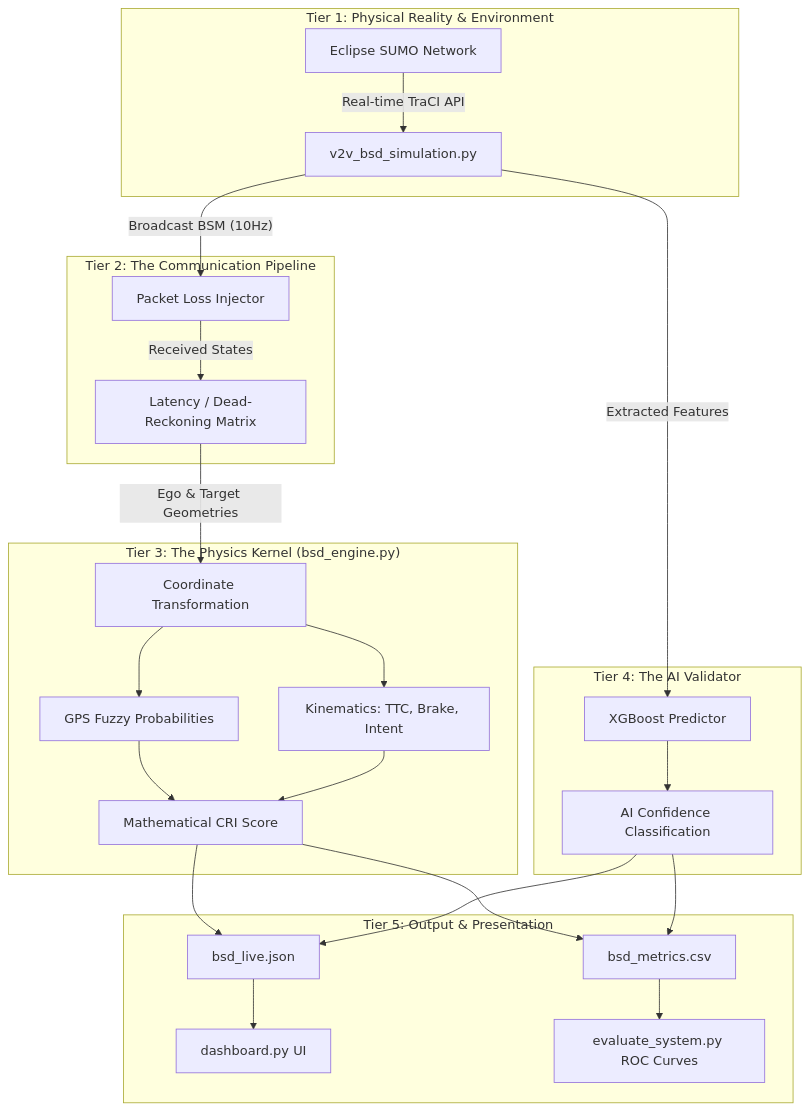
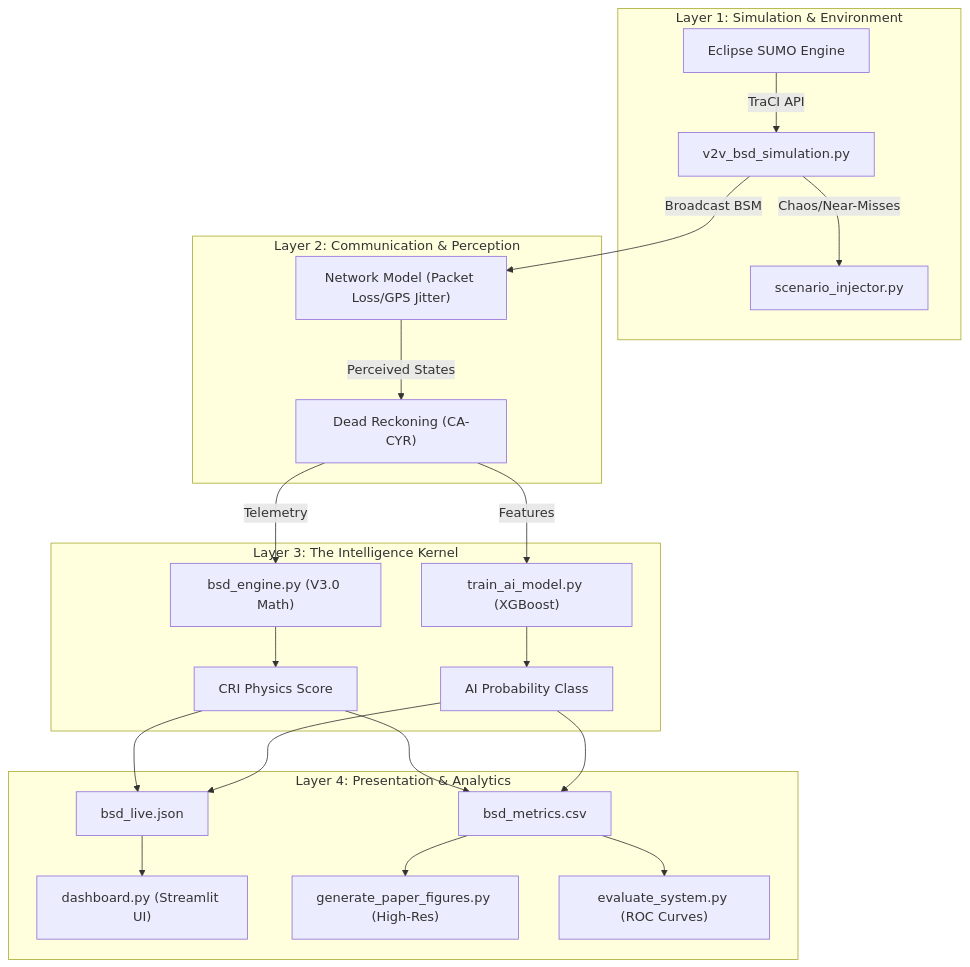
The diagram in README.md (omkarrr88/V2V), drawn with Mermaid before and after one commit. The commit also changed other lines of this file and 35 other files, not shown here.

````diff
--- a/README.md
+++ b/README.md
@@ -29,30 +28,27 @@
 ```mermaid
 graph TD
-    subgraph "Tier 1: Physical Reality & Environment"
-        SUMO[Eclipse SUMO Network] -- Real-time TraCI API --> Loop[v2v_bsd_simulation.py]
+    subgraph "Layer 1: Simulation & Environment"
+        SUMO["Eclipse SUMO Engine"] -- "TraCI API" --> Sim["v2v_bsd_simulation.py"]
+        Sim -- "Chaos/Near-Misses" --> Inj["scenario_injector.py"]
     end
 
-    subgraph "Tier 2: The Communication Pipeline"
-        Loop -- "Broadcast BSM (10Hz)" --> Network[Packet Loss Injector]
-        Network -- "Received States" --> Memory[Latency / Dead-Reckoning Matrix]
+    subgraph "Layer 2: Communication & Perception"
+        Sim -- "Broadcast BSM" --> Comm["Network Model (Packet Loss/GPS Jitter)"]
+        Comm -- "Perceived States" --> DR["Dead Reckoning (CA-CYR)"]
     end
 
-    subgraph "Tier 3: The Physics Kernel (bsd_engine.py)"
-        Memory -- Ego & Target Geometries --> T[Coordinate Transformation]
-        T --> PS[GPS Fuzzy Probabilities]
-        T --> K[Kinematics: TTC, Brake, Intent]
-        PS & K --> CRI[Mathematical CRI Score]
+    subgraph "Layer 3: The Intelligence Kernel"
+        DR -- "Telemetry" --> Engine["bsd_engine.py (V3.0 Math)"]
+        DR -- "Features" --> AI["train_ai_model.py (XGBoost)"]
+        Engine --> CRI["CRI Physics Score"]
+        AI --> AI_Prob["AI Probability Class"]
     end
 
-    subgraph "Tier 4: The AI Validator"
-        Loop -- Extracted Features --> XGB[XGBoost Predictor]
-        XGB --> AI_Res[AI Confidence Classification]
-    end
-
-    subgraph "Tier 5: Output & Presentation"
-        CRI & AI_Res --> JSON[bsd_live.json]
-        JSON --> Streamlit[dashboard.py UI]
-        CRI & AI_Res --> CSV[bsd_metrics.csv]
-        CSV --> Valid[evaluate_system.py ROC Curves]
+    subgraph "Layer 4: Presentation & Analytics"
+        CRI & AI_Prob --> Live["bsd_live.json"]
+        Live --> Dash["dashboard.py (Streamlit UI)"]
+        CRI & AI_Prob --> Metrics["bsd_metrics.csv"]
+        Metrics --> Paper["generate_paper_figures.py (High-Res)"]
+        Metrics --> Eval["evaluate_system.py (ROC Curves)"]
     end
 ```
````
